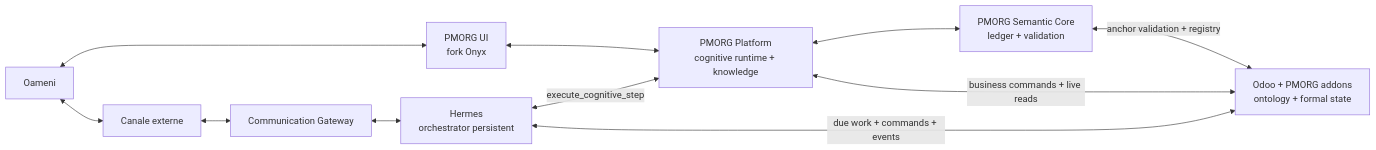
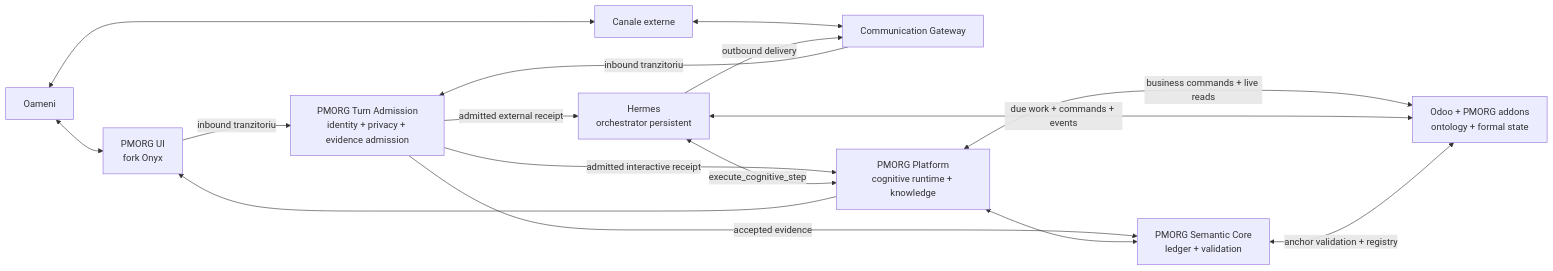
The diagram in docs/pmorg-v3/01-ARCHITECTURE.md (bmvv1995/PMORG), drawn with Mermaid before and after one commit. The commit also changed other lines of this file and 16 other files, not shown here.

````diff
--- a/docs/pmorg-v3/01-ARCHITECTURE.md
+++ b/docs/pmorg-v3/01-ARCHITECTURE.md
@@ -32,22 +32,28 @@
 ```mermaid
 flowchart LR
     U["Oameni"]
     UI["PMORG UI<br/>fork Onyx"]
     CH["Canale externe"]
     G["Communication Gateway"]
+    A["PMORG Turn Admission<br/>identity + privacy + evidence admission"]
     H["Hermes<br/>orchestrator persistent"]
     P["PMORG Platform<br/>cognitive runtime + knowledge"]
     S["PMORG Semantic Core<br/>ledger + validation"]
     O["Odoo + PMORG addons<br/>ontology + formal state"]
 
     U <--> UI
     U <--> CH
     CH <--> G
-    G <--> H
-    UI <--> P
+    G -->|"inbound tranzitoriu"| A
+    UI -->|"inbound tranzitoriu"| A
+    A -->|"admitted external receipt"| H
+    A -->|"admitted interactive receipt"| P
+    A -->|"accepted evidence"| S
+    H -->|"outbound delivery"| G
+    P --> UI
     H <-->|"execute_cognitive_step"| P
     P <--> S
     P <-->|"business commands + live reads"| O
     H <-->|"due work + commands + events"| O
     S <-->|"anchor validation + registry"| O
 ```
````
